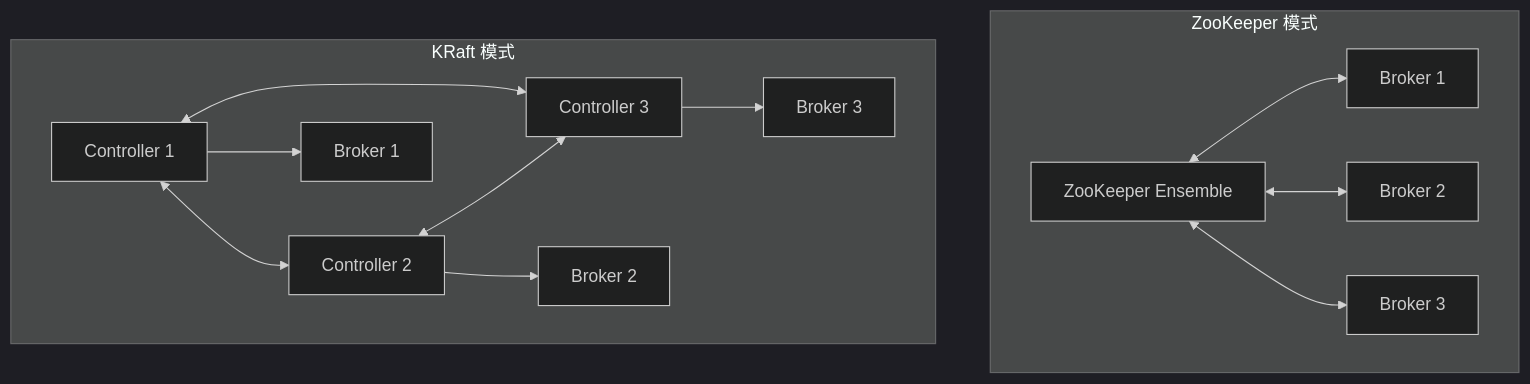
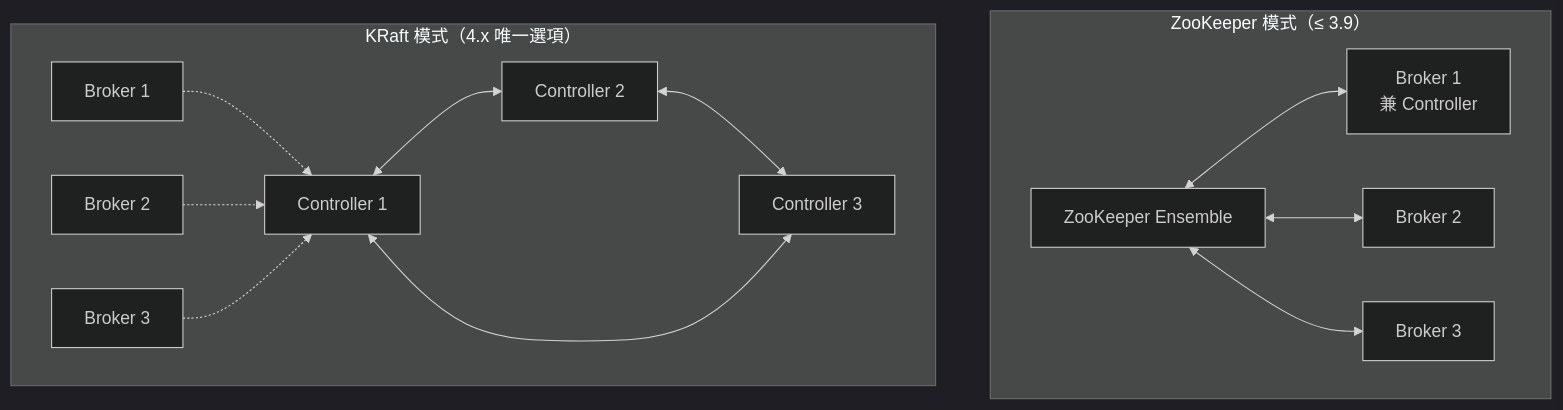
Diagram 12 of 29 in content/posts/教學/工具/Kafka教學手冊.md (chihhung/Blog), drawn with Mermaid (dark theme) before and after one commit. The commit also changed other lines of this file and 10 other files, not shown here.

````diff
--- a/content/posts/教學/工具/Kafka教學手冊.md
+++ b/content/posts/教學/工具/Kafka教學手冊.md
@@ -625,27 +1285,27 @@
 ```mermaid
 flowchart TB
-    subgraph ZooKeeper 模式
+    subgraph 舊架構[ZooKeeper 模式（≤ 3.9）]
         ZK[ZooKeeper Ensemble]
-        B1[Broker 1]
-        B2[Broker 2]
-        B3[Broker 3]
-        ZK <--> B1
-        ZK <--> B2
-        ZK <--> B3
+        OB1[Broker 1<br/>兼 Controller]
+        OB2[Broker 2]
+        OB3[Broker 3]
+        ZK <--> OB1
+        ZK <--> OB2
+        ZK <--> OB3
     end
-    
-    subgraph KRaft 模式
+
+    subgraph 新架構[KRaft 模式（4.x 唯一選項）]
         C1[Controller 1]
         C2[Controller 2]
         C3[Controller 3]
         KB1[Broker 1]
         KB2[Broker 2]
         KB3[Broker 3]
         C1 <--> C2
         C2 <--> C3
         C1 <--> C3
-        C1 --> KB1
-        C2 --> KB2
-        C3 --> KB3
+        KB1 -.-> C1
+        KB2 -.-> C1
+        KB3 -.-> C1
     end
 ```
````
